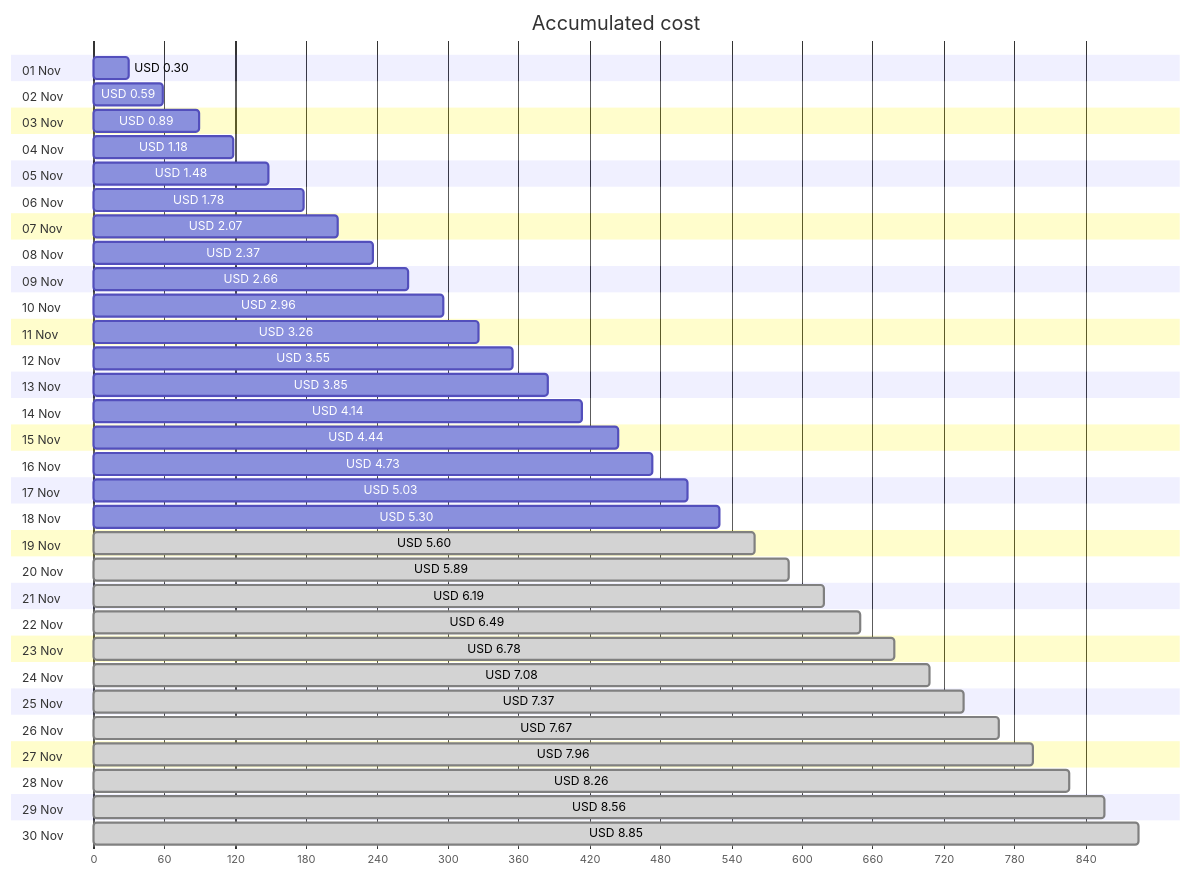
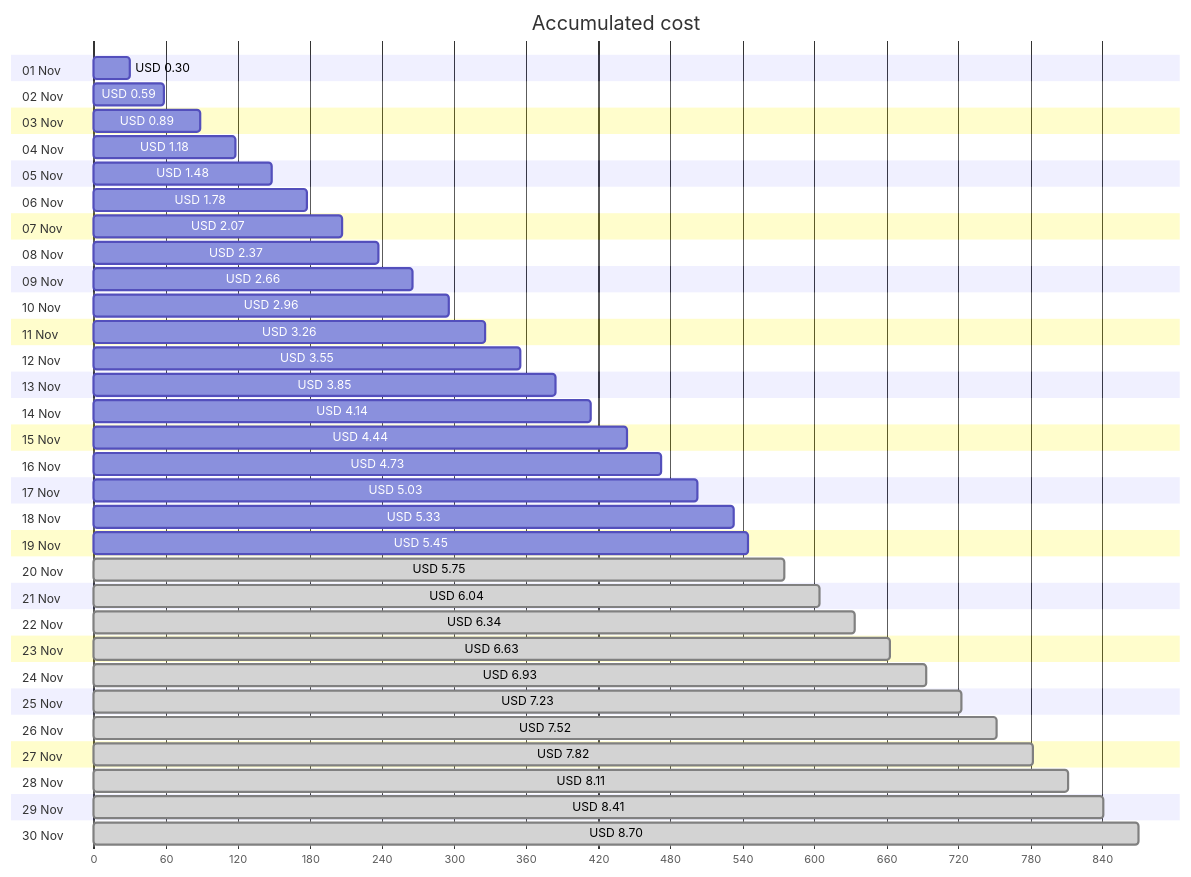
Before and after one commit to jpfulton/azure-personal-reports: the first of 4 diagrams in cost-reports/personal-site/personal-site-preview.md, drawn with Mermaid. The commit also changed other lines of this file and 6 other files, not shown here.

````diff
--- a/cost-reports/personal-site/personal-site-preview.md
+++ b/cost-reports/personal-site/personal-site-preview.md
@@ -20,66 +20,66 @@
 ```mermaid
 gantt
    title Accumulated cost
    dateFormat  X
    axisFormat %s
    section 01 Nov
    USD 0.30 :0, 30
    section 02 Nov
    USD 0.59 :0, 59
    section 03 Nov
    USD 0.89 :0, 89
    section 04 Nov
    USD 1.18 :0, 118
    section 05 Nov
    USD 1.48 :0, 148
    section 06 Nov
    USD 1.78 :0, 178
    section 07 Nov
    USD 2.07 :0, 207
    section 08 Nov
    USD 2.37 :0, 237
    section 09 Nov
    USD 2.66 :0, 266
    section 10 Nov
    USD 2.96 :0, 296
    section 11 Nov
    USD 3.26 :0, 326
    section 12 Nov
    USD 3.55 :0, 355
    section 13 Nov
    USD 3.85 :0, 385
    section 14 Nov
    USD 4.14 :0, 414
    section 15 Nov
    USD 4.44 :0, 444
    section 16 Nov
    USD 4.73 :0, 473
    section 17 Nov
    USD 5.03 :0, 503
    section 18 Nov
-   USD 5.30 :0, 530
+   USD 5.33 :0, 533
    section 19 Nov
-   USD 5.60 : done, 0, 560
+   USD 5.45 :0, 545
    section 20 Nov
-   USD 5.89 : done, 0, 589
+   USD 5.75 : done, 0, 575
    section 21 Nov
-   USD 6.19 : done, 0, 619
+   USD 6.04 : done, 0, 604
    section 22 Nov
-   USD 6.49 : done, 0, 649
+   USD 6.34 : done, 0, 634
    section 23 Nov
-   USD 6.78 : done, 0, 678
+   USD 6.63 : done, 0, 663
    section 24 Nov
-   USD 7.08 : done, 0, 708
+   USD 6.93 : done, 0, 693
    section 25 Nov
-   USD 7.37 : done, 0, 737
+   USD 7.23 : done, 0, 723
    section 26 Nov
-   USD 7.67 : done, 0, 767
+   USD 7.52 : done, 0, 752
    section 27 Nov
-   USD 7.96 : done, 0, 796
+   USD 7.82 : done, 0, 782
    section 28 Nov
-   USD 8.26 : done, 0, 826
+   USD 8.11 : done, 0, 811
    section 29 Nov
-   USD 8.56 : done, 0, 856
+   USD 8.41 : done, 0, 841
    section 30 Nov
-   USD 8.85 : done, 0, 885
+   USD 8.70 : done, 0, 870
 ```
````
